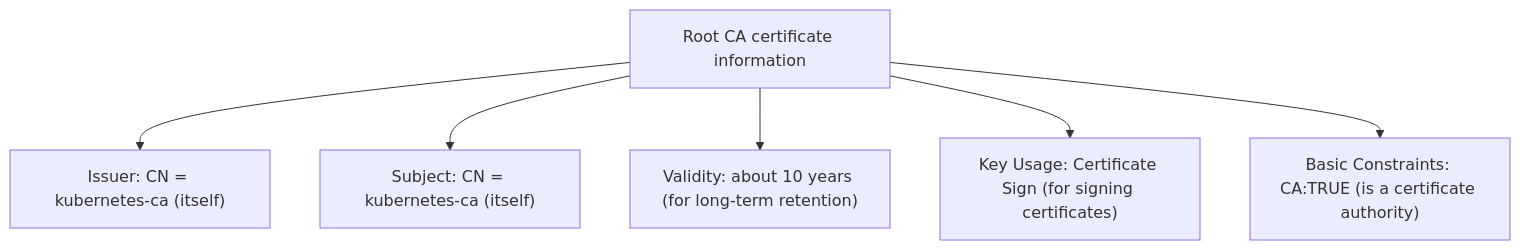
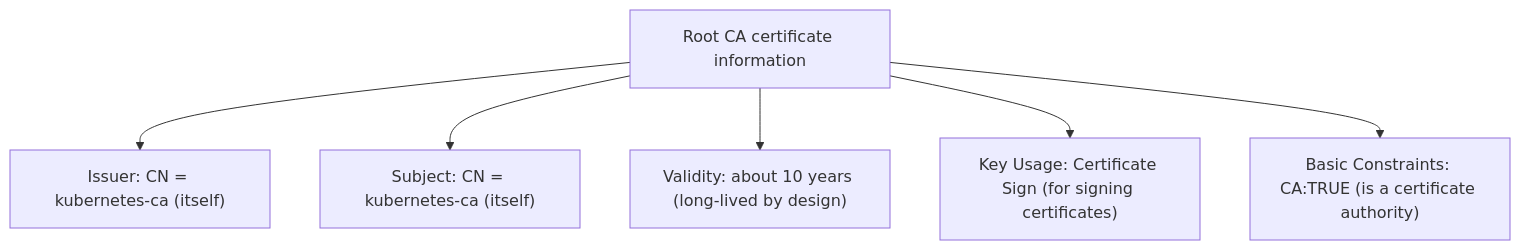
The diagram in content/security/03-operation/26-inspect-cert-info-1.md (jeonck/k8s-adv), drawn with Mermaid before and after one commit. The commit also changed other lines of this file and 16 other files, not shown here.

````diff
--- a/content/security/03-operation/26-inspect-cert-info-1.md
+++ b/content/security/03-operation/26-inspect-cert-info-1.md
@@ -33,9 +33,9 @@
 ```mermaid
 graph TD
     CA[Root CA certificate information]
     CA --> Issuer["Issuer: CN = kubernetes-ca (itself)"]
     CA --> Subject["Subject: CN = kubernetes-ca (itself)"]
-    CA --> Validity["Validity: about 10 years (for long-term retention)"]
+    CA --> Validity["Validity: about 10 years (long-lived by design)"]
     CA --> Usage["Key Usage: Certificate Sign (for signing certificates)"]
     CA --> Basic["Basic Constraints: CA:TRUE (is a certificate authority)"]
 ```
````
